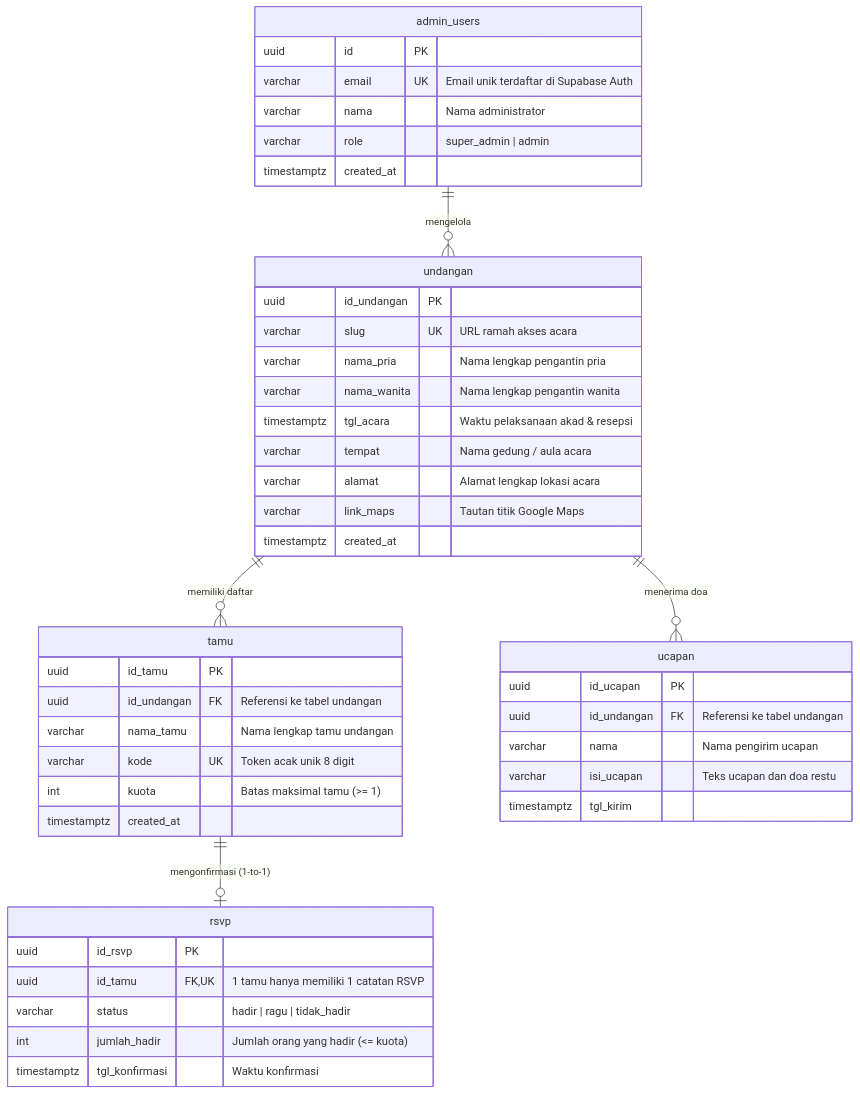
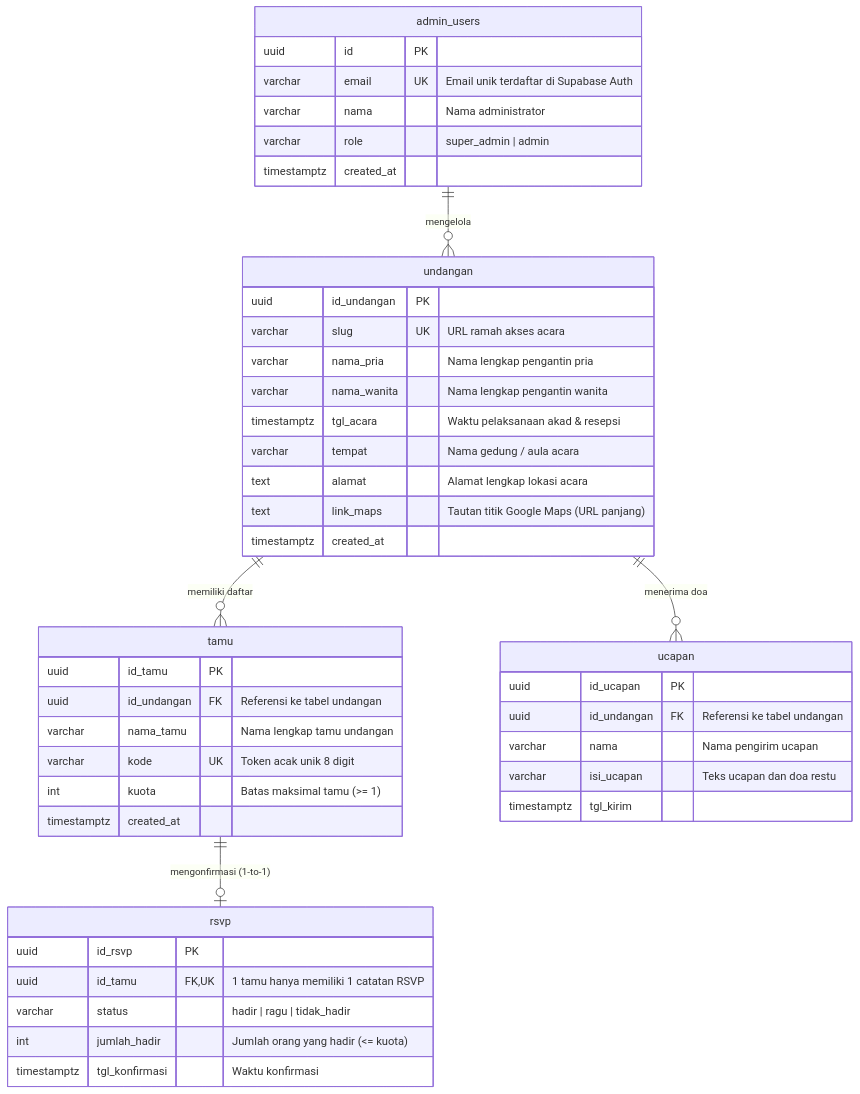
The third of 3 diagrams in README.md (fortin0o/Digital_Invitation), drawn with Mermaid before and after one commit. The commit also changed 6 other files, not shown here.

````diff
--- a/README.md
+++ b/README.md
@@ -310,52 +310,52 @@
 ```mermaid
 erDiagram
     undangan ||--o{ tamu : "memiliki daftar"
     undangan ||--o{ ucapan : "menerima doa"
     tamu ||--o| rsvp : "mengonfirmasi (1-to-1)"
     admin_users ||--o{ undangan : "mengelola"
 
     undangan {
         uuid id_undangan PK
         varchar slug UK "URL ramah akses acara"
         varchar nama_pria "Nama lengkap pengantin pria"
         varchar nama_wanita "Nama lengkap pengantin wanita"
         timestamptz tgl_acara "Waktu pelaksanaan akad & resepsi"
         varchar tempat "Nama gedung / aula acara"
-        varchar alamat "Alamat lengkap lokasi acara"
-        varchar link_maps "Tautan titik Google Maps"
+        text alamat "Alamat lengkap lokasi acara"
+        text link_maps "Tautan titik Google Maps (URL panjang)"
         timestamptz created_at
     }
 
     tamu {
         uuid id_tamu PK
         uuid id_undangan FK "Referensi ke tabel undangan"
         varchar nama_tamu "Nama lengkap tamu undangan"
         varchar kode UK "Token acak unik 8 digit"
         int kuota "Batas maksimal tamu (>= 1)"
         timestamptz created_at
     }
 
     rsvp {
         uuid id_rsvp PK
         uuid id_tamu FK, UK "1 tamu hanya memiliki 1 catatan RSVP"
         varchar status "hadir | ragu | tidak_hadir"
         int jumlah_hadir "Jumlah orang yang hadir (<= kuota)"
         timestamptz tgl_konfirmasi "Waktu konfirmasi"
     }
 
     ucapan {
         uuid id_ucapan PK
         uuid id_undangan FK "Referensi ke tabel undangan"
         varchar nama "Nama pengirim ucapan"
         varchar isi_ucapan "Teks ucapan dan doa restu"
         timestamptz tgl_kirim
     }
 
     admin_users {
         uuid id PK
         varchar email UK "Email unik terdaftar di Supabase Auth"
         varchar nama "Nama administrator"
         varchar role "super_admin | admin"
         timestamptz created_at
     }
 ```
````
